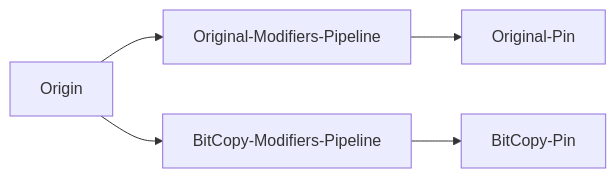
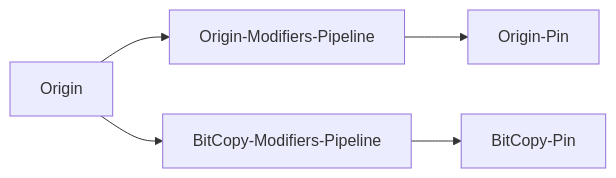
Before and after one commit to multigcs/riocore: the diagram in riocore/plugins/bitcopy/README.md, drawn with Mermaid. The commit also changed other lines of this file and 1 other file, not shown here.

````diff
--- a/riocore/plugins/bitcopy/README.md
+++ b/riocore/plugins/bitcopy/README.md
@@ -6,5 +6,5 @@
 ```mermaid
 graph LR;
-    Origin-->Original-Modifiers-Pipeline-->Original-Pin;
+    Origin-->Origin-Modifiers-Pipeline-->Origin-Pin;
     Origin-->BitCopy-Modifiers-Pipeline-->BitCopy-Pin;
 ```
````
